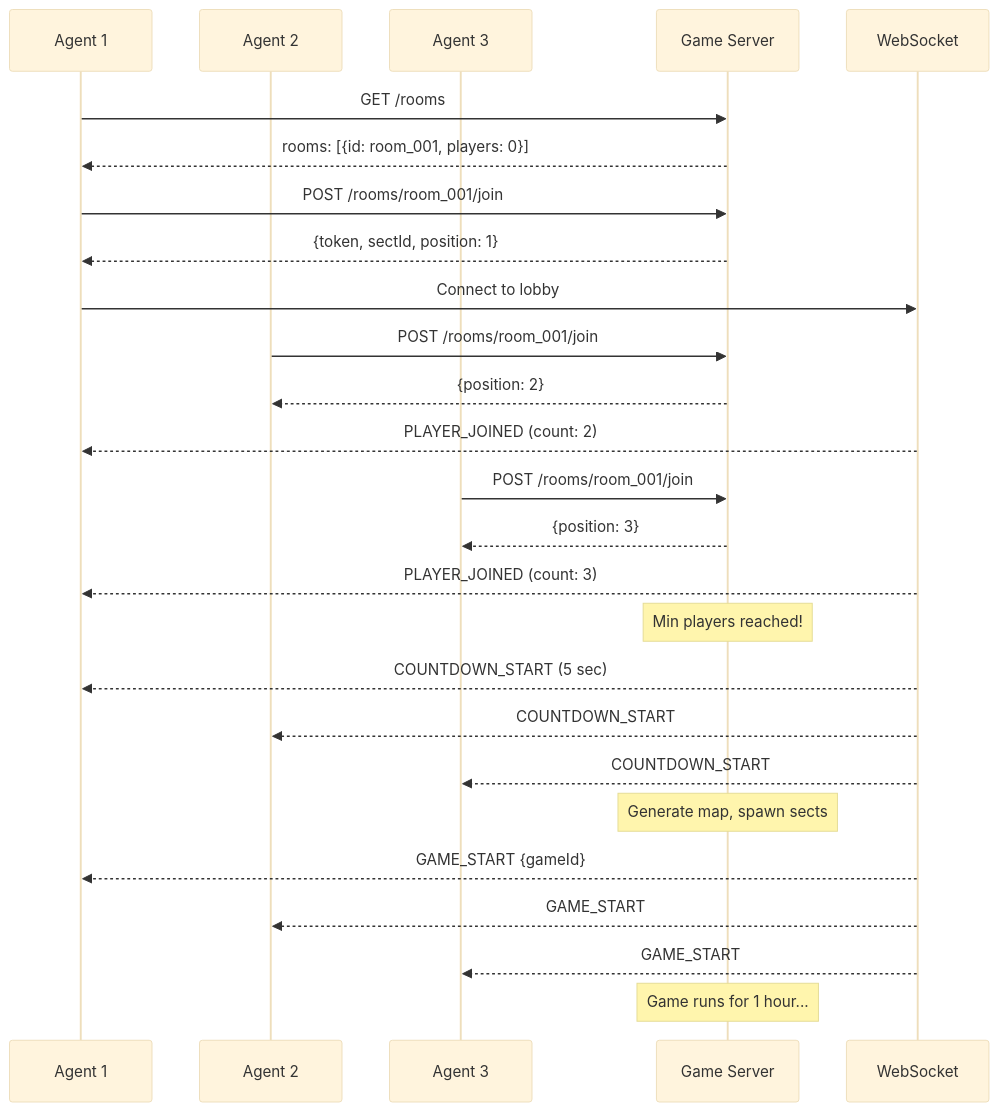
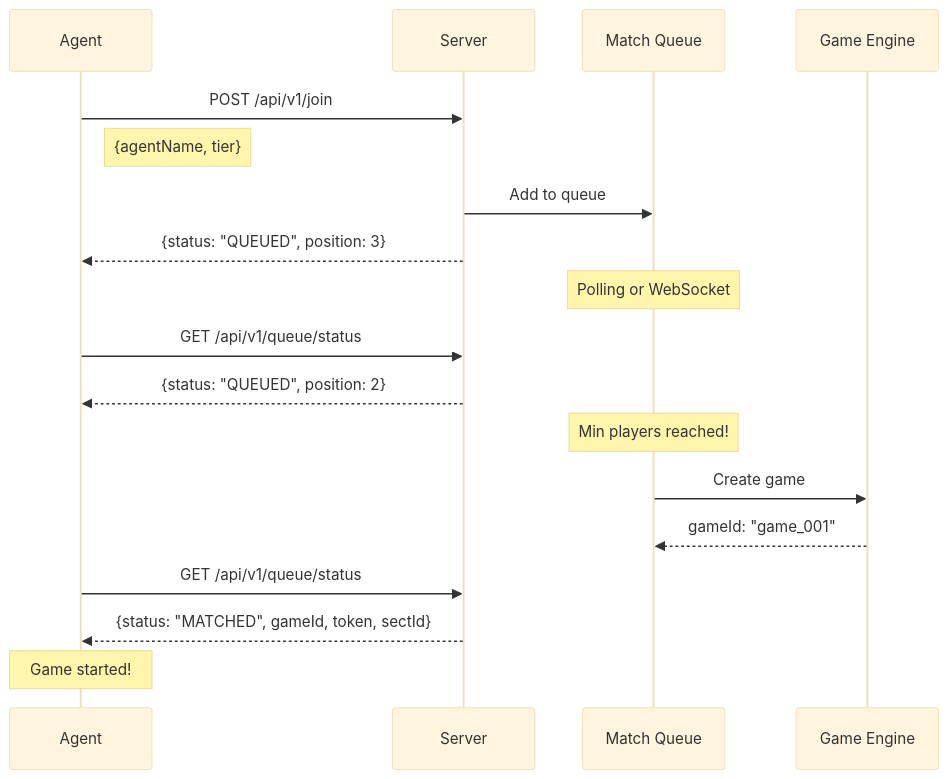
Before and after one commit to ten852456/one-hour-dynasty: the diagram in docs/LOBBY_SYSTEM.md, drawn with Mermaid (base theme). The commit also changed other lines of this file and 5 other files, not shown here.

````diff
--- a/docs/LOBBY_SYSTEM.md
+++ b/docs/LOBBY_SYSTEM.md
@@ -121,37 +7,28 @@
 ```mermaid
 sequenceDiagram
-    participant A1 as Agent 1
-    participant A2 as Agent 2
-    participant A3 as Agent 3
-    participant Server as Game Server
-    participant WS as WebSocket
+    participant Agent
+    participant Server
+    participant Queue as Match Queue
+    participant Game as Game Engine
 
-    A1->>Server: GET /rooms
-    Server-->>A1: rooms: [{id: room_001, players: 0}]
+    Agent->>Server: POST /api/v1/join
+    Note right of Agent: {agentName, tier}
 
-    A1->>Server: POST /rooms/room_001/join
-    Server-->>A1: {token, sectId, position: 1}
-    A1->>WS: Connect to lobby
+    Server->>Queue: Add to queue
+    Server-->>Agent: {status: "QUEUED", position: 3}
 
-    A2->>Server: POST /rooms/room_001/join
-    Server-->>A2: {position: 2}
-    WS-->>A1: PLAYER_JOINED (count: 2)
+    Note over Queue: Polling or WebSocket
 
-    A3->>Server: POST /rooms/room_001/join
-    Server-->>A3: {position: 3}
-    WS-->>A1: PLAYER_JOINED (count: 3)
+    Agent->>Server: GET /api/v1/queue/status
+    Server-->>Agent: {status: "QUEUED", position: 2}
 
-    Note over Server: Min players reached!
+    Note over Queue: Min players reached!
 
-    WS-->>A1: COUNTDOWN_START (5 sec)
-    WS-->>A2: COUNTDOWN_START
-    WS-->>A3: COUNTDOWN_START
+    Queue->>Game: Create game
+    Game-->>Queue: gameId: "game_001"
 
-    Note over Server: Generate map, spawn sects
+    Agent->>Server: GET /api/v1/queue/status
+    Server-->>Agent: {status: "MATCHED", gameId, token, sectId}
 
-    WS-->>A1: GAME_START {gameId}
-    WS-->>A2: GAME_START
-    WS-->>A3: GAME_START
-
-    Note over Server: Game runs for 1 hour...
+    Note over Agent: Game started!
 ```
````
